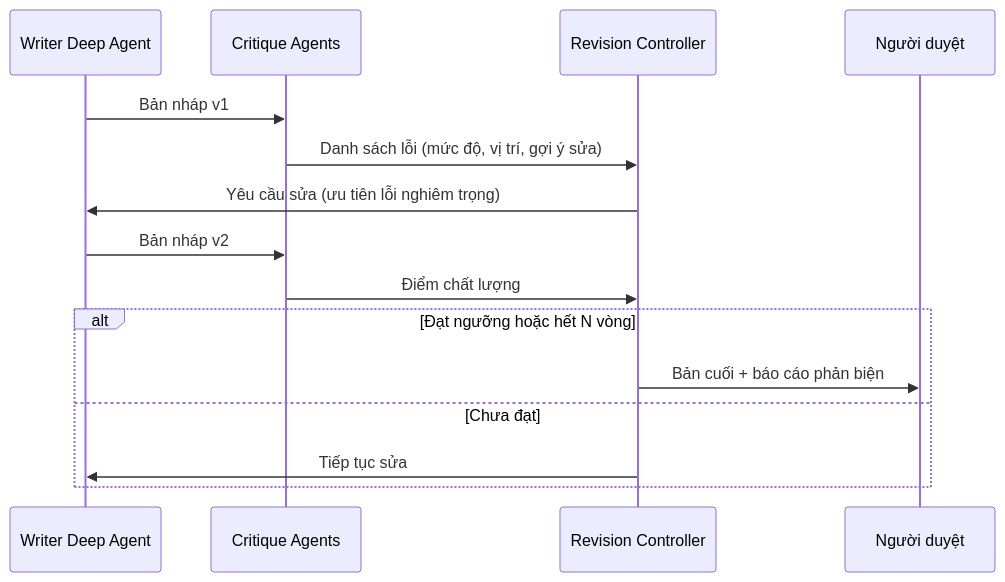
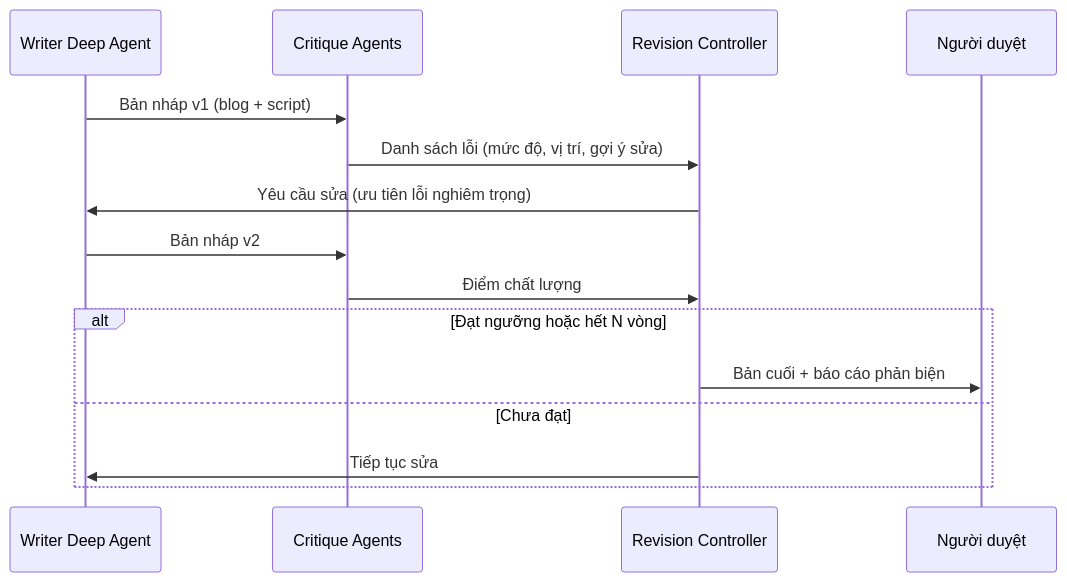
Before and after one commit to vinhWater/content-affiliate: the third of 3 diagrams in README.md, drawn with Mermaid. The commit also changed other lines of this file, not shown here.

Commit message:
Module 1 thành Research Insight Service dùng chung, Module 2 chỉ xuất văn bản, bỏ phụ thuộc dự án #2

````diff
--- a/README.md
+++ b/README.md
@@ -222,18 +260,18 @@
 ```mermaid
 sequenceDiagram
     participant W as Writer Deep Agent
     participant C as Critique Agents
     participant R as Revision Controller
     participant H as Người duyệt
 
-    W->>C: Bản nháp v1
+    W->>C: Bản nháp v1 (blog + script)
     C->>R: Danh sách lỗi (mức độ, vị trí, gợi ý sửa)
     R->>W: Yêu cầu sửa (ưu tiên lỗi nghiêm trọng)
     W->>C: Bản nháp v2
     C->>R: Điểm chất lượng
     alt Đạt ngưỡng hoặc hết N vòng
         R->>H: Bản cuối + báo cáo phản biện
     else Chưa đạt
         R->>W: Tiếp tục sửa
     end
 ```
````
